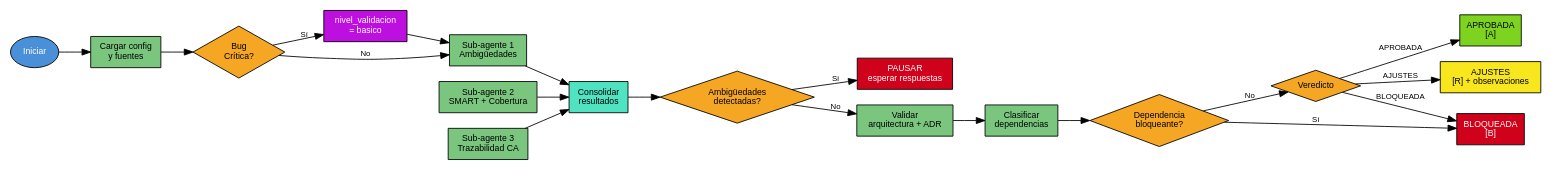
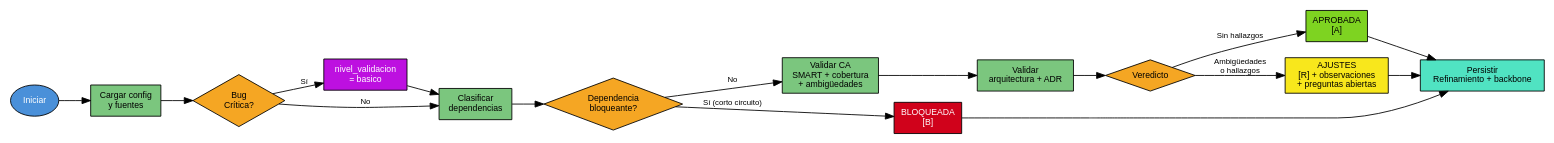
One commit to JavierDevCol/ia-dev-toolkit changed the diagram in skills/validar-hu/SKILL.md. Above: the diagram before and after it, drawn with Graphviz. The commit also changed other lines of this file and 1 other file, not shown here.

First line of the commit message:
refactor(validar-hu): emitir veredicto siempre y firmar con usuario

````diff
--- a/skills/validar-hu/SKILL.md
+++ b/skills/validar-hu/SKILL.md
@@ -24,50 +24,42 @@
 ```dot
 digraph validar_hu {
   rankdir=LR;
   node [fontname="Helvetica", fontsize=10];
   edge [fontname="Helvetica", fontsize=9];
 
   start [label="Iniciar", shape=oval, style=filled, fillcolor="#4A90D9", fontcolor=white];
   load [label="Cargar config\ny fuentes", shape=box, style=filled, fillcolor="#7BC67E"];
   bug_check [label="Bug\nCrítica?", shape=diamond, style=filled, fillcolor="#F5A623"];
   basic [label="nivel_validacion\n= basico", shape=box, style=filled, fillcolor="#BD10E0", fontcolor=white];
 
-  sub1 [label="Sub-agente 1\nAmbigüedades", shape=box, style=filled, fillcolor="#7BC67E"];
-  sub2 [label="Sub-agente 2\nSMART + Cobertura", shape=box, style=filled, fillcolor="#7BC67E"];
-  sub3 [label="Sub-agente 3\nTrazabilidad CA", shape=box, style=filled, fillcolor="#7BC67E"];
-
-  consolidate [label="Consolidar\nresultados", shape=box, style=filled, fillcolor="#50E3C2"];
-  ambiguity [label="Ambigüedades\ndetectadas?", shape=diamond, style=filled, fillcolor="#F5A623"];
-  pause [label="PAUSAR\nesperar respuestas", shape=box, style=filled, fillcolor="#D0021B", fontcolor=white];
-
-  arch [label="Validar\narquitectura + ADR", shape=box, style=filled, fillcolor="#7BC67E"];
   deps [label="Clasificar\ndependencias", shape=box, style=filled, fillcolor="#7BC67E"];
   blocking [label="Dependencia\nbloqueante?", shape=diamond, style=filled, fillcolor="#F5A623"];
 
+  ca [label="Validar CA\nSMART + cobertura\n+ ambigüedades", shape=box, style=filled, fillcolor="#7BC67E"];
+  arch [label="Validar\narquitectura + ADR", shape=box, style=filled, fillcolor="#7BC67E"];
+
   verdict [label="Veredicto", shape=diamond, style=filled, fillcolor="#F5A623"];
   approved [label="APROBADA\n[A]", shape=box, style=filled, fillcolor="#7ED321"];
-  adjustments [label="AJUSTES\n[R] + observaciones", shape=box, style=filled, fillcolor="#F8E71C"];
+  adjustments [label="AJUSTES\n[R] + observaciones\n+ preguntas abiertas", shape=box, style=filled, fillcolor="#F8E71C"];
   blocked [label="BLOQUEADA\n[B]", shape=box, style=filled, fillcolor="#D0021B", fontcolor=white];
+
+  persist [label="Persistir\nRefinamiento + backbone", shape=box, style=filled, fillcolor="#50E3C2"];
 
   start -> load -> bug_check;
   bug_check -> basic [label="Sí"];
-  bug_check -> sub1 [label="No"];
-  basic -> sub1;
+  bug_check -> deps [label="No"];
+  basic -> deps;
 
-  sub1 -> consolidate;
-  sub2 -> consolidate;
-  sub3 -> consolidate;
+  deps -> blocking;
+  blocking -> blocked [label="Sí (corto circuito)"];
+  blocking -> ca [label="No"];
 
-  consolidate -> ambiguity;
-  ambiguity -> pause [label="Sí"];
-  ambiguity -> arch [label="No"];
+  ca -> arch -> verdict;
+  verdict -> approved [label="Sin hallazgos"];
+  verdict -> adjustments [label="Ambigüedades\no hallazgos"];
 
-  arch -> deps -> blocking;
-  blocking -> blocked [label="Sí"];
-  blocking -> verdict [label="No"];
-
-  verdict -> approved [label="APROBADA"];
-  verdict -> adjustments [label="AJUSTES"];
-  verdict -> blocked [label="BLOQUEADA"];
+  approved -> persist;
+  adjustments -> persist;
+  blocked -> persist;
 }
 ```
````
